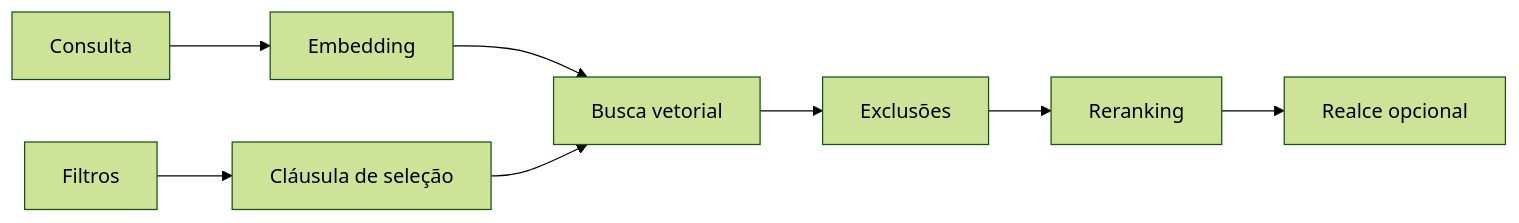
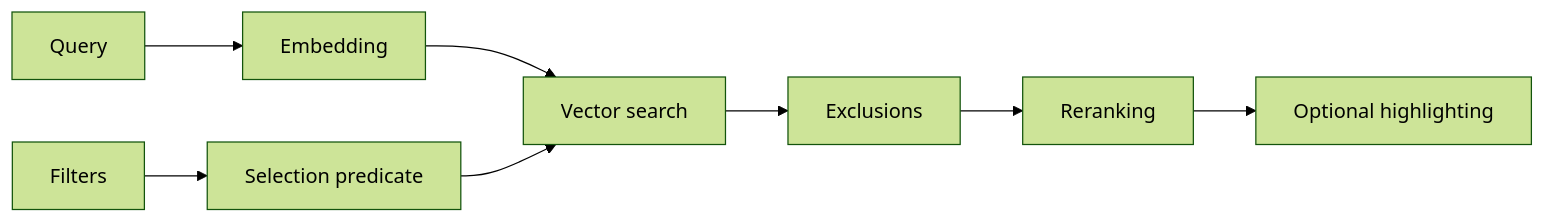
One commit to everton-dgn/vault-search-mcp changed the diagram in docs/features/faceted-search.md. Above: the diagram before and after it, drawn with Mermaid (forest theme). The commit also changed other lines of this file and 200 other files, not shown here.

````diff
--- a/docs/features/faceted-search.md
+++ b/docs/features/faceted-search.md
@@ -9,10 +9,10 @@
 ```mermaid
 flowchart LR
-    Q[Consulta] --> E[Embedding]
-    F[Filtros] --> W[Cláusula de seleção]
-    E --> V[Busca vetorial]
+    Q[Query] --> E[Embedding]
+    F[Filters] --> W[Selection predicate]
+    E --> V[Vector search]
     W --> V
-    V --> X[Exclusões]
+    V --> X[Exclusions]
     X --> R[Reranking]
-    R --> H[Realce opcional]
+    R --> H[Optional highlighting]
 ```
````
